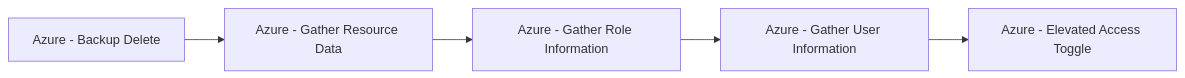
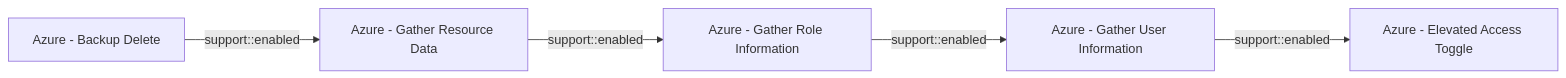
One commit to opentidehq/library changed the diagram in docs/threats/azure-backup-delete.md. Above: the diagram before and after it, drawn with Mermaid. The commit also changed other lines of this file and 277 other files, not shown here.

````diff
--- a/docs/threats/azure-backup-delete.md
+++ b/docs/threats/azure-backup-delete.md
@@ -60,12 +100,12 @@
 ```mermaid
 flowchart LR
 2c6058fb_21db_47fe_99bc_a07cb70c53e4["Azure - Backup Delete"]
 b1593e0b_1b3b_462d_9ab6_21d1c136469d["Azure - Gather Resource Data"]
 140907eb_c9fb_4330_9d71_656422388b2b["Azure - Gather Role Information"]
 2900d389_3098_49d3_8166_5b2612d03576["Azure - Gather User Information"]
 10a89280_d42e_446d_9f8d_840b1218f532["Azure - Elevated Access Toggle"]
-2c6058fb_21db_47fe_99bc_a07cb70c53e4 --> b1593e0b_1b3b_462d_9ab6_21d1c136469d
-b1593e0b_1b3b_462d_9ab6_21d1c136469d --> 140907eb_c9fb_4330_9d71_656422388b2b
-140907eb_c9fb_4330_9d71_656422388b2b --> 2900d389_3098_49d3_8166_5b2612d03576
-2900d389_3098_49d3_8166_5b2612d03576 --> 10a89280_d42e_446d_9f8d_840b1218f532
+2c6058fb_21db_47fe_99bc_a07cb70c53e4 -->|support::enabled| b1593e0b_1b3b_462d_9ab6_21d1c136469d
+b1593e0b_1b3b_462d_9ab6_21d1c136469d -->|support::enabled| 140907eb_c9fb_4330_9d71_656422388b2b
+140907eb_c9fb_4330_9d71_656422388b2b -->|support::enabled| 2900d389_3098_49d3_8166_5b2612d03576
+2900d389_3098_49d3_8166_5b2612d03576 -->|support::enabled| 10a89280_d42e_446d_9f8d_840b1218f532
 ```
````
